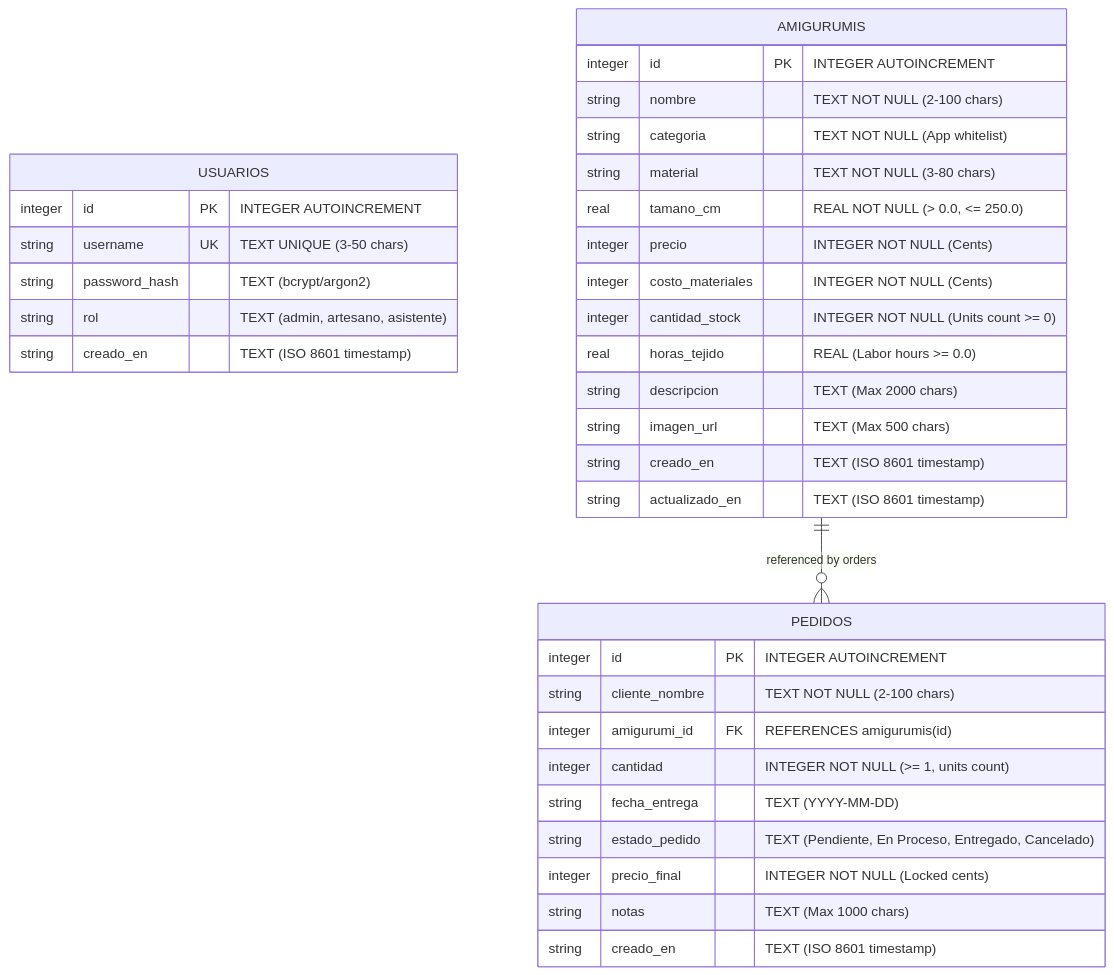
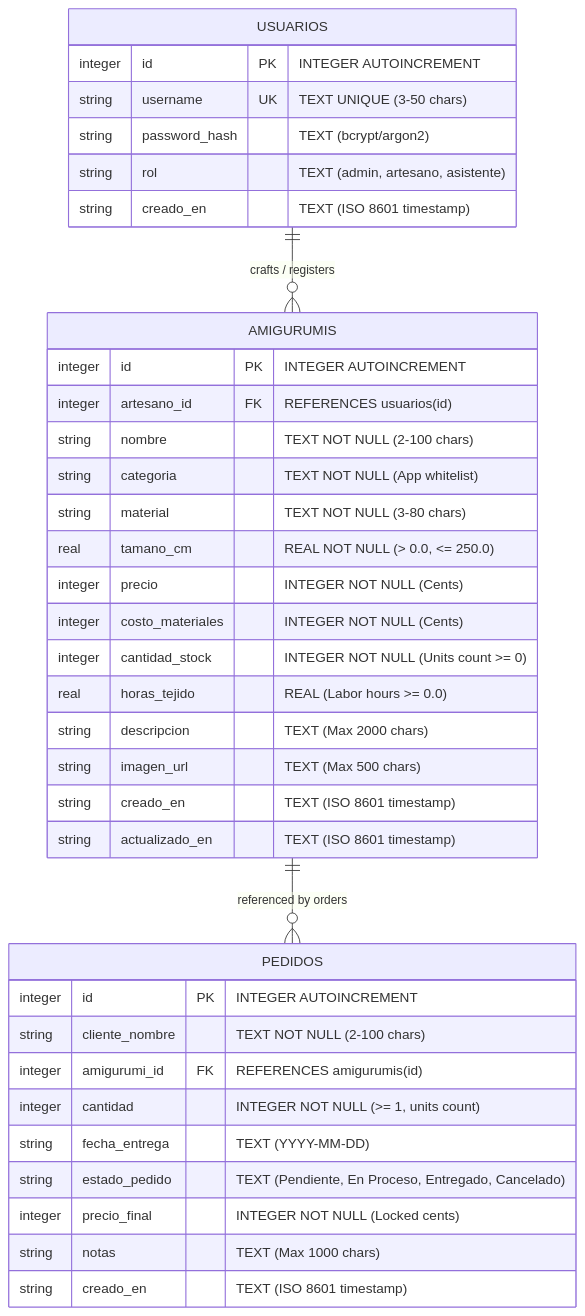
Before and after one commit to AngelKero/amigurumi-manager: the diagram in docs/database-schema.md, drawn with Mermaid. The commit also changed other lines of this file and 5 other files, not shown here.

Commit message:
feat: add artesano_id relation to amigurumis and update documentation for API attribution and schema integrity

````diff
--- a/docs/database-schema.md
+++ b/docs/database-schema.md
@@ -9,40 +9,42 @@
 ```mermaid
 erDiagram
     USUARIOS {
         integer id PK "INTEGER AUTOINCREMENT"
         string username UK "TEXT UNIQUE (3-50 chars)"
         string password_hash "TEXT (bcrypt/argon2)"
         string rol "TEXT (admin, artesano, asistente)"
         string creado_en "TEXT (ISO 8601 timestamp)"
     }
 
     AMIGURUMIS {
         integer id PK "INTEGER AUTOINCREMENT"
+        integer artesano_id FK "REFERENCES usuarios(id)"
         string nombre "TEXT NOT NULL (2-100 chars)"
         string categoria "TEXT NOT NULL (App whitelist)"
         string material "TEXT NOT NULL (3-80 chars)"
         real tamano_cm "REAL NOT NULL (> 0.0, <= 250.0)"
         integer precio "INTEGER NOT NULL (Cents)"
         integer costo_materiales "INTEGER NOT NULL (Cents)"
         integer cantidad_stock "INTEGER NOT NULL (Units count >= 0)"
         real horas_tejido "REAL (Labor hours >= 0.0)"
         string descripcion "TEXT (Max 2000 chars)"
         string imagen_url "TEXT (Max 500 chars)"
         string creado_en "TEXT (ISO 8601 timestamp)"
         string actualizado_en "TEXT (ISO 8601 timestamp)"
     }
 
     PEDIDOS {
         integer id PK "INTEGER AUTOINCREMENT"
         string cliente_nombre "TEXT NOT NULL (2-100 chars)"
         integer amigurumi_id FK "REFERENCES amigurumis(id)"
         integer cantidad "INTEGER NOT NULL (>= 1, units count)"
         string fecha_entrega "TEXT (YYYY-MM-DD)"
         string estado_pedido "TEXT (Pendiente, En Proceso, Entregado, Cancelado)"
         integer precio_final "INTEGER NOT NULL (Locked cents)"
         string notas "TEXT (Max 1000 chars)"
         string creado_en "TEXT (ISO 8601 timestamp)"
     }
 
+    USUARIOS ||--o{ AMIGURUMIS : "crafts / registers"
     AMIGURUMIS ||--o{ PEDIDOS : "referenced by orders"
 ```
````
